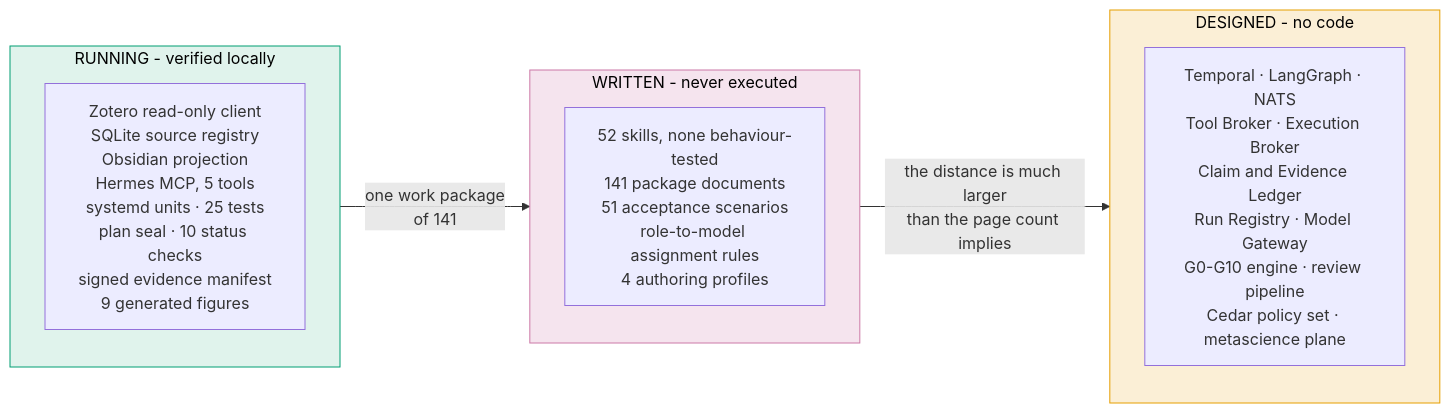
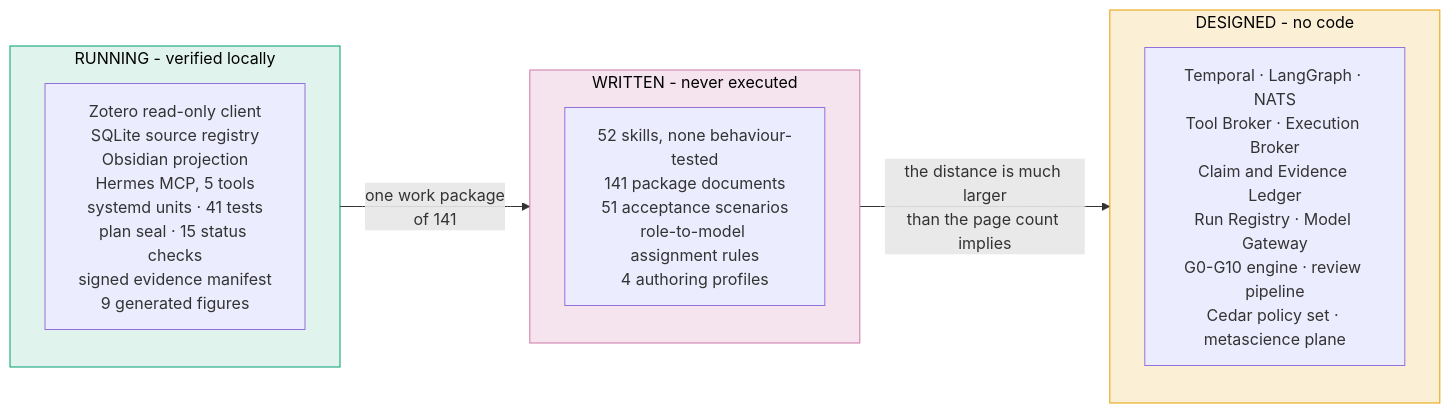
Before and after one commit to furkanhanilci/AETHRION: diagram 14 of 16 in README.md, drawn with Mermaid. The commit also changed other lines of this file and 1050 other files, not shown here.

````diff
--- a/README.md
+++ b/README.md
@@ -675,17 +675,17 @@
 ```mermaid
 flowchart LR
     subgraph WORKING["RUNNING - verified locally"]
-        W["Zotero read-only client<br/>SQLite source registry<br/>Obsidian projection<br/>Hermes MCP, 5 tools<br/>systemd units · 25 tests<br/>plan seal · 10 status checks<br/>signed evidence manifest<br/>9 generated figures"]
+        W["Zotero read-only client<br/>SQLite source registry<br/>Obsidian projection<br/>Hermes MCP, 5 tools<br/>systemd units · 41 tests<br/>plan seal · 15 status checks<br/>signed evidence manifest<br/>9 generated figures"]
     end
     subgraph WRITTEN["WRITTEN - never executed"]
         S["52 skills, none behaviour-tested<br/>141 package documents<br/>51 acceptance scenarios<br/>role-to-model assignment rules<br/>4 authoring profiles"]
     end
     subgraph DESIGNED["DESIGNED - no code"]
         D["Temporal · LangGraph · NATS<br/>Tool Broker · Execution Broker<br/>Claim and Evidence Ledger<br/>Run Registry · Model Gateway<br/>G0-G10 engine · review pipeline<br/>Cedar policy set · metascience plane"]
     end
     WORKING -->|"one work package<br/>of 141"| WRITTEN
     WRITTEN -->|"the distance is much larger<br/>than the page count implies"| DESIGNED
     style WORKING fill:#E0F3EC,stroke:#009E73,color:#000
     style WRITTEN fill:#F5E4EE,stroke:#CC79A7,color:#000
     style DESIGNED fill:#FBEFD6,stroke:#E69F00,color:#000
 ```
````
